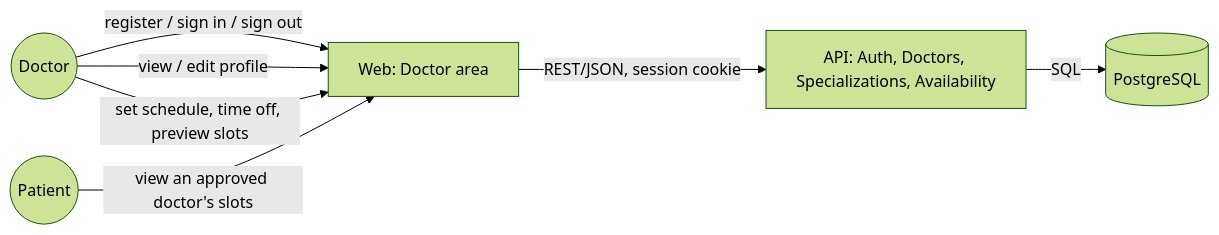
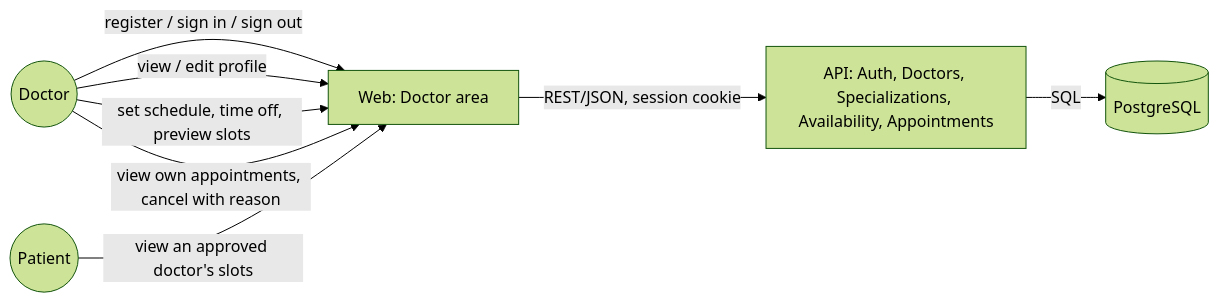
The first of 2 diagrams in docs/modules/doctor.md (alhexjustine/telehealth), drawn with Mermaid (forest theme) before and after one commit. The commit also changed other lines of this file and 75 other files, not shown here.

````diff
--- a/docs/modules/doctor.md
+++ b/docs/modules/doctor.md
@@ -38,9 +64,10 @@
 ```mermaid
 flowchart LR
   D((Doctor)) -->|"register / sign in / sign out"| W[Web: Doctor area]
   D -->|"view / edit profile"| W
   D -->|"set schedule, time off, preview slots"| W
+  D -->|"view own appointments, cancel with reason"| W
   P((Patient)) -->|"view an approved doctor's slots"| W
-  W -->|"REST/JSON, session cookie"| A["API: Auth, Doctors, Specializations, Availability"]
+  W -->|"REST/JSON, session cookie"| A["API: Auth, Doctors, Specializations, Availability, Appointments"]
   A -->|"SQL"| DB[(PostgreSQL)]
 ```
````
